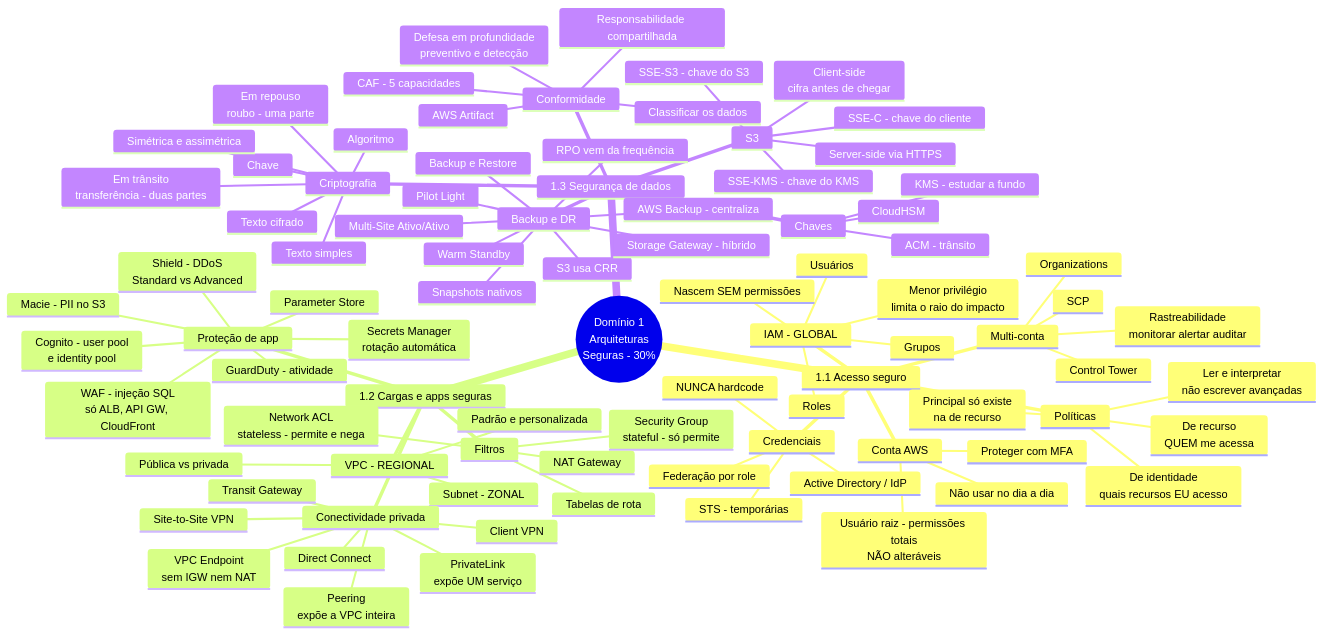
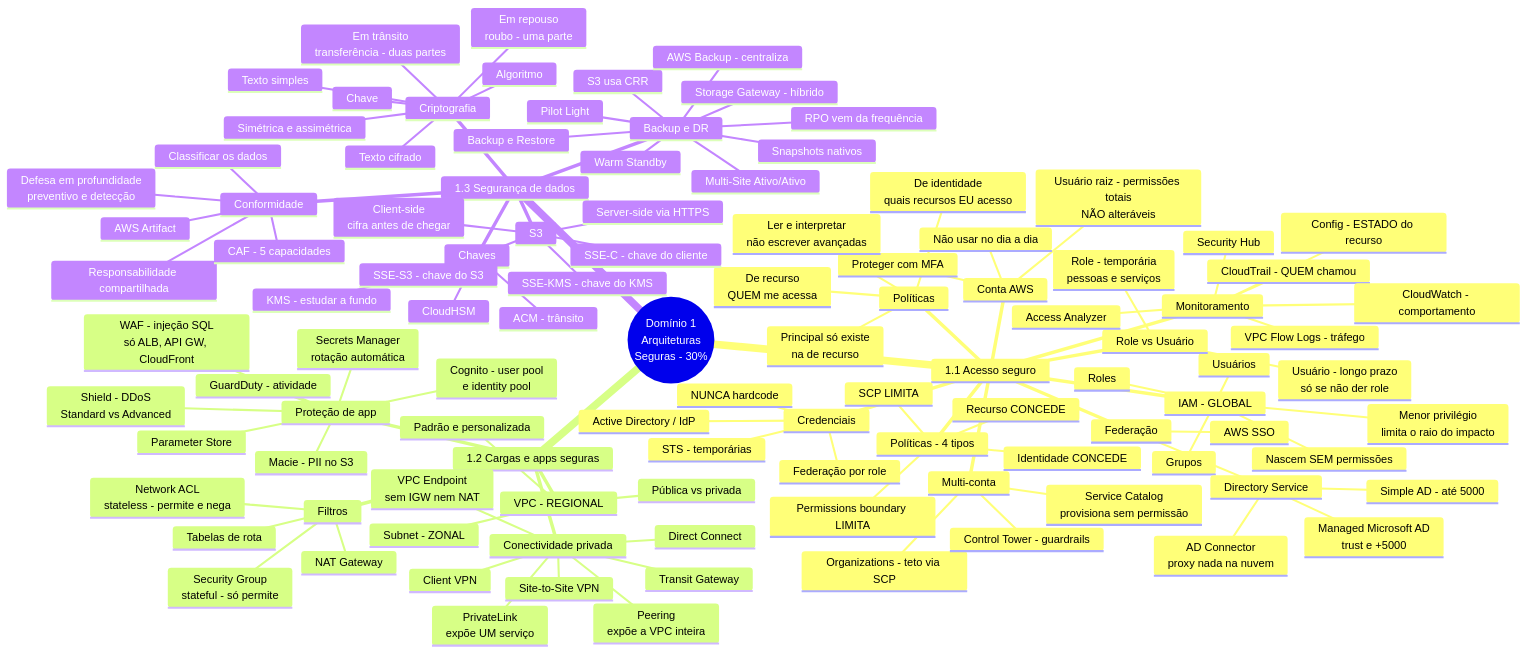
Before and after one commit to adalbertofjr/aws-saa-c03-estudos: the diagram in _estudo/d1/d1-review/04-mapa-mental.md, drawn with Mermaid. The commit also changed other lines of this file and 7 other files, not shown here.

```diff
--- a/_estudo/d1/d1-review/04-mapa-mental.md
+++ b/_estudo/d1/d1-review/04-mapa-mental.md
@@ -38,11 +38,31 @@
         STS - temporárias
         Federação por role
         Active Directory / IdP
+      Políticas - 4 tipos
+        Identidade CONCEDE
+        Recurso CONCEDE
+        Permissions boundary LIMITA
+        SCP LIMITA
+      Role vs Usuário
+        Role - temporária<br>pessoas e serviços
+        Usuário - longo prazo<br>só se não der role
       Multi-conta
-        Organizations
-        Control Tower
-        SCP
-        Rastreabilidade<br>monitorar alertar auditar
+        Organizations - teto via SCP
+        Control Tower - guardrails
+        Service Catalog<br>provisiona sem permissão
+      Federação
+        AWS SSO
+        Directory Service
+          Managed Microsoft AD<br>trust e +5000
+          AD Connector<br>proxy nada na nuvem
+          Simple AD - até 5000
+      Monitoramento
+        CloudTrail - QUEM chamou
+        CloudWatch - comportamento
+        VPC Flow Logs - tráfego
+        Config - ESTADO do recurso
+        Security Hub
+        Access Analyzer
     1.2 Cargas e apps seguras
       VPC - REGIONAL
         Padrão e personalizada
```
